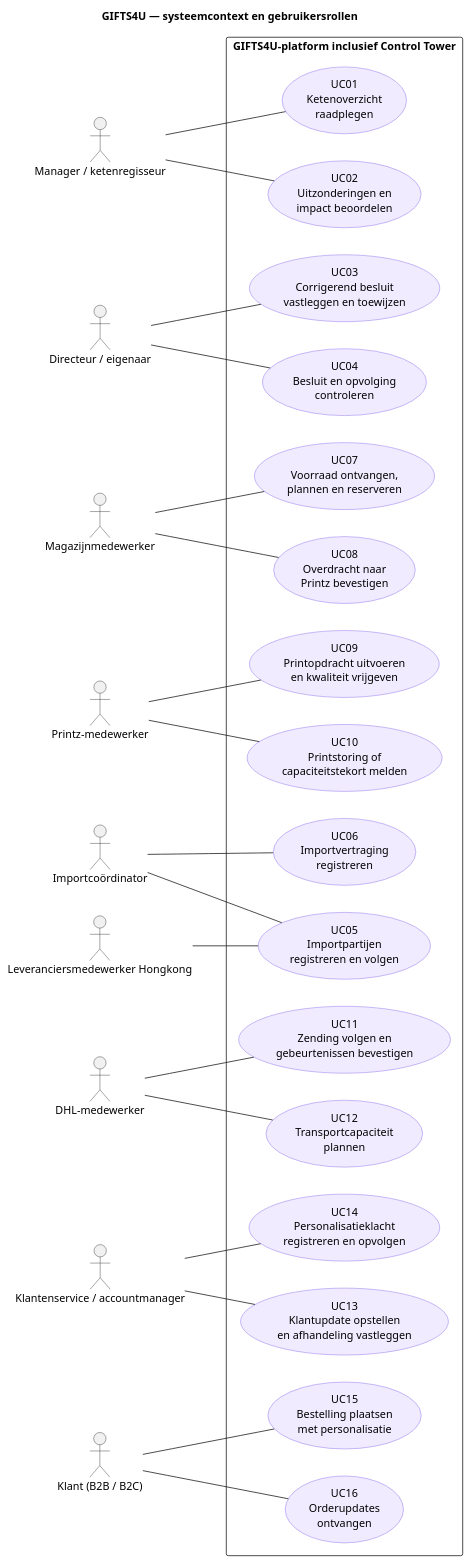
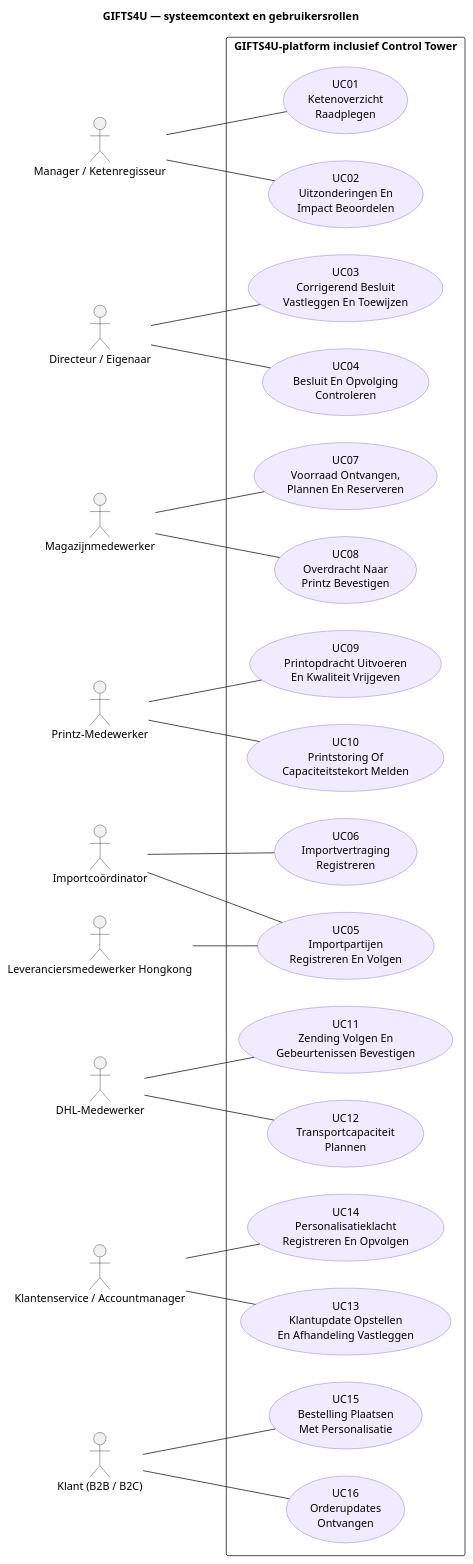
One commit to Immanuel-Cairo/gifts4u-control-tower changed the diagram in products/system context/use-case-diagram.puml. Above: the diagram before and after it, drawn with PlantUML. The commit also changed 5 other files, not shown here.

Commit message:
docs(products): align context diagrams with FDS and UX course references

```diff
--- a/products/system context/use-case-diagram.puml
+++ b/products/system context/use-case-diagram.puml
@@ -1,55 +1,55 @@
 @startuml
 left to right direction
 skinparam shadowing false
 skinparam packageStyle rectangle
 skinparam actorStyle stickman
 skinparam usecase {
   BackgroundColor #F0EBFE
   BorderColor #7855E9
 }
 title GIFTS4U — systeemcontext en gebruikersrollen
-actor "Manager / ketenregisseur" as manager
-actor "Directeur / eigenaar" as directeur
+actor "Manager / Ketenregisseur" as manager
+actor "Directeur / Eigenaar" as directeur
 actor "Importcoördinator" as importCoordinator
 actor "Magazijnmedewerker" as magazijn
-actor "Printz-medewerker" as printz
-actor "DHL-medewerker" as dhl
-actor "Klantenservice / accountmanager" as service
+actor "Printz-Medewerker" as printz
+actor "DHL-Medewerker" as dhl
+actor "Klantenservice / Accountmanager" as service
 actor "Klant (B2B / B2C)" as klant
 actor "Leveranciersmedewerker Hongkong" as leverancier
 rectangle "GIFTS4U-platform inclusief Control Tower" {
-  usecase "UC01\nKetenoverzicht\nraadplegen" as UC01
-  usecase "UC02\nUitzonderingen en\nimpact beoordelen" as UC02
-  usecase "UC03\nCorrigerend besluit\nvastleggen en toewijzen" as UC03
-  usecase "UC04\nBesluit en opvolging\ncontroleren" as UC04
-  usecase "UC05\nImportpartijen\nregistreren en volgen" as UC05
-  usecase "UC06\nImportvertraging\nregistreren" as UC06
-  usecase "UC07\nVoorraad ontvangen,\nplannen en reserveren" as UC07
-  usecase "UC08\nOverdracht naar\nPrintz bevestigen" as UC08
-  usecase "UC09\nPrintopdracht uitvoeren\nen kwaliteit vrijgeven" as UC09
-  usecase "UC10\nPrintstoring of\ncapaciteitstekort melden" as UC10
-  usecase "UC11\nZending volgen en\ngebeurtenissen bevestigen" as UC11
-  usecase "UC12\nTransportcapaciteit\nplannen" as UC12
-  usecase "UC13\nKlantupdate opstellen\nen afhandeling vastleggen" as UC13
-  usecase "UC14\nPersonalisatieklacht\nregistreren en opvolgen" as UC14
-  usecase "UC15\nBestelling plaatsen\nmet personalisatie" as UC15
-  usecase "UC16\nOrderupdates\nontvangen" as UC16
+  usecase "UC01\nKetenoverzicht\nRaadplegen" as UC01
+  usecase "UC02\nUitzonderingen En\nImpact Beoordelen" as UC02
+  usecase "UC03\nCorrigerend Besluit\nVastleggen En Toewijzen" as UC03
+  usecase "UC04\nBesluit En Opvolging\nControleren" as UC04
+  usecase "UC05\nImportpartijen\nRegistreren En Volgen" as UC05
+  usecase "UC06\nImportvertraging\nRegistreren" as UC06
+  usecase "UC07\nVoorraad Ontvangen,\nPlannen En Reserveren" as UC07
+  usecase "UC08\nOverdracht Naar\nPrintz Bevestigen" as UC08
+  usecase "UC09\nPrintopdracht Uitvoeren\nEn Kwaliteit Vrijgeven" as UC09
+  usecase "UC10\nPrintstoring Of\nCapaciteitstekort Melden" as UC10
+  usecase "UC11\nZending Volgen En\nGebeurtenissen Bevestigen" as UC11
+  usecase "UC12\nTransportcapaciteit\nPlannen" as UC12
+  usecase "UC13\nKlantupdate Opstellen\nEn Afhandeling Vastleggen" as UC13
+  usecase "UC14\nPersonalisatieklacht\nRegistreren En Opvolgen" as UC14
+  usecase "UC15\nBestelling Plaatsen\nMet Personalisatie" as UC15
+  usecase "UC16\nOrderupdates\nOntvangen" as UC16
 }
 manager -- UC01
 manager -- UC02
 directeur -- UC03
 directeur -- UC04
 importCoordinator -- UC05
 importCoordinator -- UC06
 magazijn -- UC07
 magazijn -- UC08
 printz -- UC09
 printz -- UC10
 dhl -- UC11
 dhl -- UC12
 service -- UC13
 service -- UC14
 klant -- UC15
 klant -- UC16
 leverancier -- UC05
 @enduml
```
